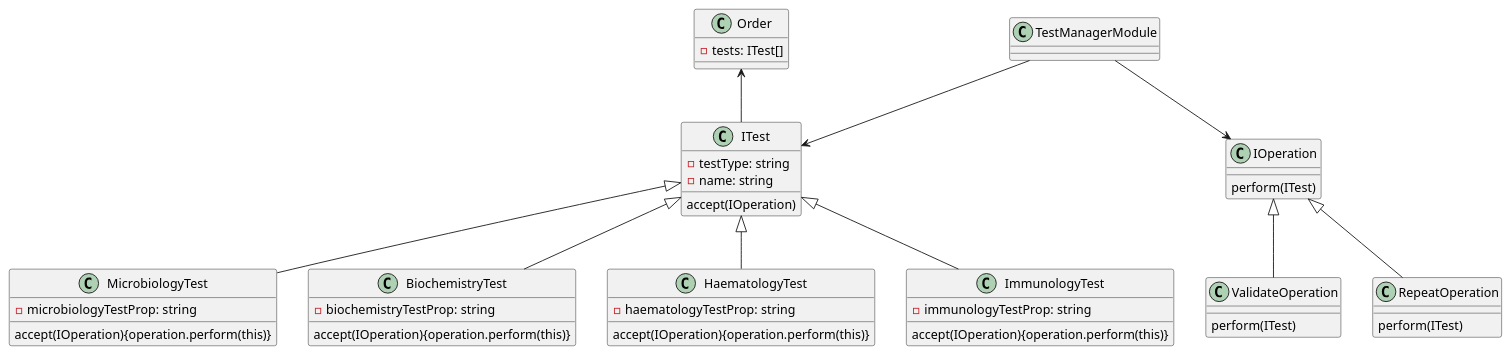
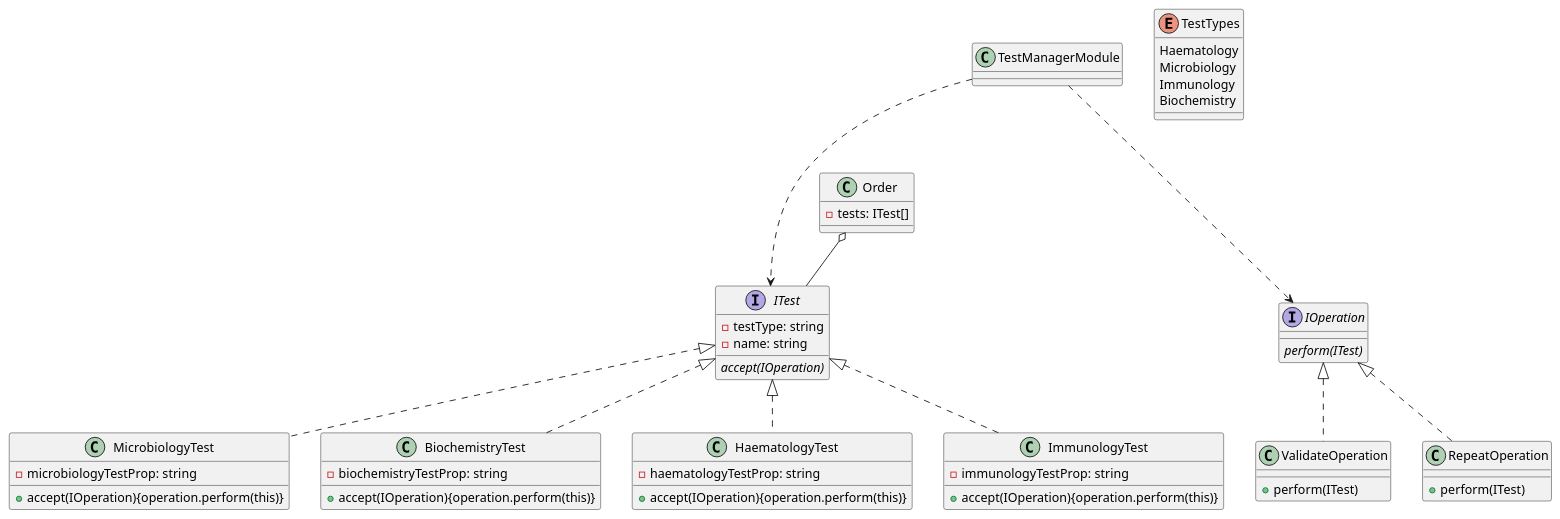
Before and after one commit to jacxon4/TestManagerModuleAssesment: the diagram in Test Manager Module.puml, drawn with PlantUML.

Commit message:
Update diagram

```diff
--- a/Test Manager Module.puml
+++ b/Test Manager Module.puml
@@ -1,32 +1,42 @@
 @startuml
-TestManagerModule --> ITest
-TestManagerModule --> IOperation
-ITest <|-- MicrobiologyTest
-ITest <|-- BiochemistryTest
-ITest <|-- HaematologyTest
-ITest <|-- ImmunologyTest
-Order <-- ITest
+
+Interface ITest
+TestManagerModule ...> ITest
+TestManagerModule ...> IOperation
+ITest <|.. MicrobiologyTest
+ITest <|.. BiochemistryTest
+ITest <|.. HaematologyTest
+ITest <|.. ImmunologyTest
+Order o-- ITest
 
 
-IOperation <|-- ValidateOperation
-IOperation <|-- RepeatOperation
+IOperation <|.. ValidateOperation
+IOperation <|.. RepeatOperation
 
 Order : - tests: ITest[]
-ITest : accept(IOperation)
+ITest : {abstract}accept(IOperation)
 ITest : - testType: string
 ITest : - name: string
 MicrobiologyTest : - microbiologyTestProp: string
-MicrobiologyTest : accept(IOperation){operation.perform(this)}
+MicrobiologyTest : +accept(IOperation){operation.perform(this)}
 BiochemistryTest : - biochemistryTestProp: string
-BiochemistryTest : accept(IOperation){operation.perform(this)}
+BiochemistryTest : +accept(IOperation){operation.perform(this)}
 HaematologyTest : - haematologyTestProp: string
-HaematologyTest : accept(IOperation){operation.perform(this)}
+HaematologyTest : +accept(IOperation){operation.perform(this)}
 ImmunologyTest : - immunologyTestProp: string
-ImmunologyTest : accept(IOperation){operation.perform(this)}
+ImmunologyTest : +accept(IOperation){operation.perform(this)}
 
-IOperation : perform(ITest)
-ValidateOperation : perform(ITest)
-RepeatOperation : perform(ITest)
+Interface IOperation
+IOperation : {abstract}perform(ITest)
+ValidateOperation : +perform(ITest)
+RepeatOperation : +perform(ITest)
+
+enum TestTypes{
+    Haematology
+    Microbiology
+    Immunology
+    Biochemistry
+}
 
 
 @enduml
```
